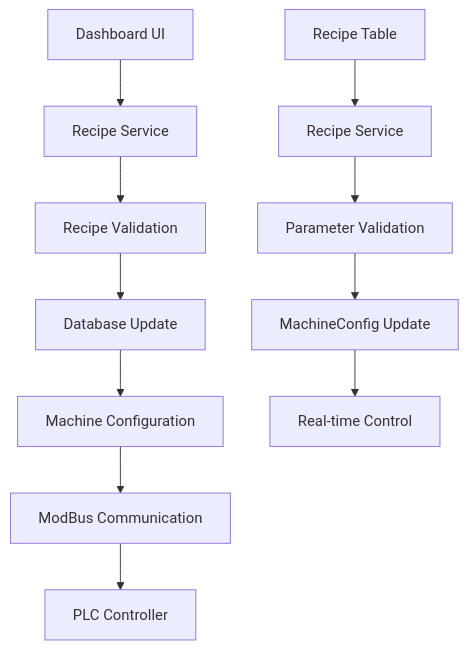
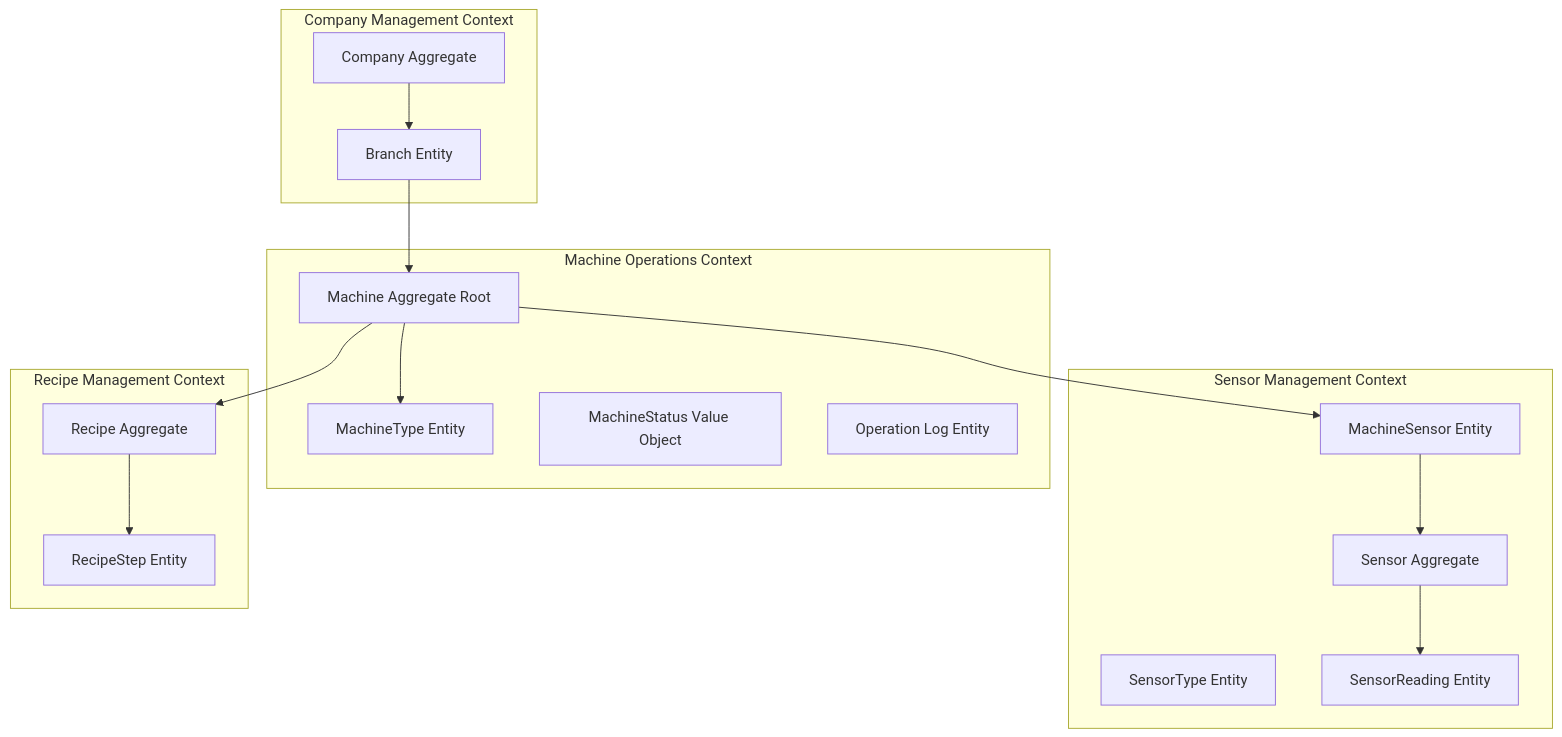
One commit to NawafMahs/NexusCore changed the first of 2 diagrams in README.md. Above: the diagram before and after it, drawn with Mermaid. The commit also changed other lines of this file, not shown here.

Commit message:
add entity behavoru  Update README.md

````diff
--- a/README.md
+++ b/README.md
@@ -1301,14 +81,35 @@
 ```mermaid
-graph TD
-    A[Dashboard UI] --> B[Recipe Service]
-    B --> C[Recipe Validation]
-    C --> D[Database Update]
-    D --> E[Machine Configuration]
-    E --> F[ModBus Communication]
-    F --> G[PLC Controller]
+graph TB
+    subgraph "Company Management Context"
+        Company[Company Aggregate]
+        Branch[Branch Entity]
+    end
     
-    H[Recipe Table] --> I[Recipe Service]
-    I --> J[Parameter Validation]
-    J --> K[MachineConfig Update]
-    K --> L[Real-time Control]
+    subgraph "Machine Operations Context"
+        Machine[Machine Aggregate Root]
+        MachineType[MachineType Entity]
+        MachineStatus[MachineStatus Value Object]
+        MachineOperationLog[Operation Log Entity]
+    end
+    
+    subgraph "Sensor Management Context"
+        Sensor[Sensor Aggregate]
+        SensorType[SensorType Entity]
+        SensorReading[SensorReading Entity]
+        MachineSensor[MachineSensor Entity]
+    end
+    
+    subgraph "Recipe Management Context"
+        Recipe[Recipe Aggregate]
+        RecipeStep[RecipeStep Entity]
+    end
+    
+    Company --> Branch
+    Branch --> Machine
+    Machine --> MachineType
+    Machine --> MachineSensor
+    MachineSensor --> Sensor
+    Sensor --> SensorReading
+    Machine --> Recipe
+    Recipe --> RecipeStep
 ```
````
